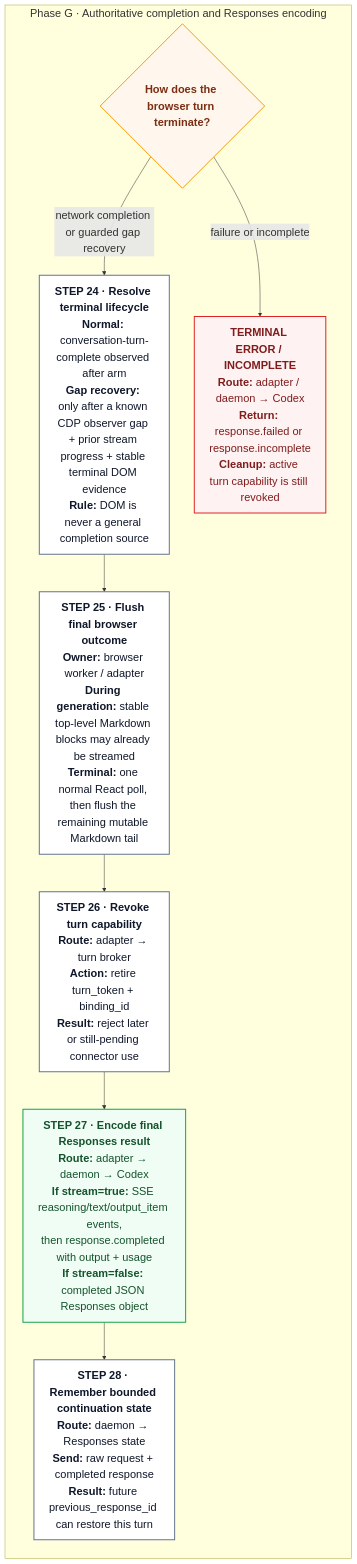
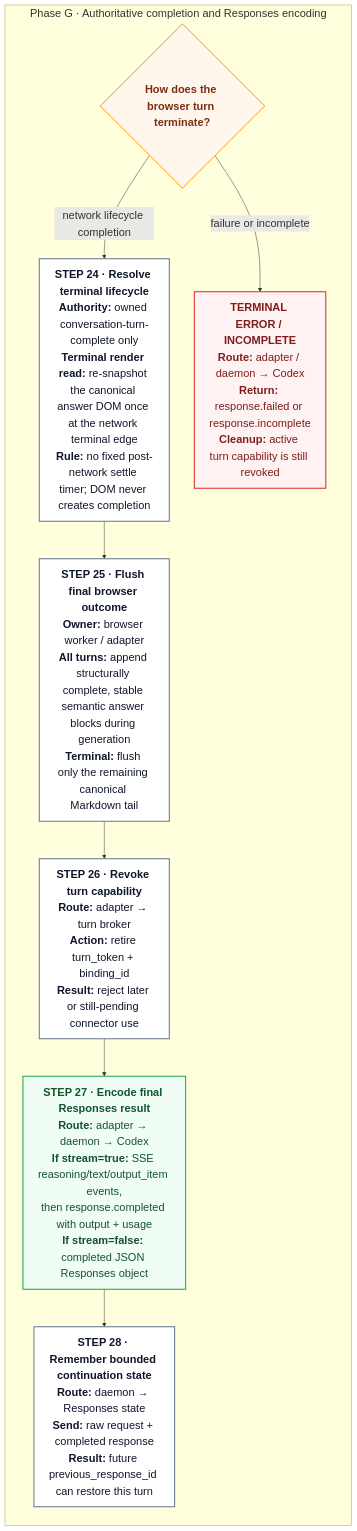
One commit to luongduy2798/lca-codex changed the eighth of 8 diagrams in docs/architecture.md. Above: the diagram before and after it, drawn with Mermaid. The commit also changed other lines of this file and 4 other files, not shown here.

````diff
--- a/docs/architecture.md
+++ b/docs/architecture.md
@@ -224,22 +224,22 @@
 ```mermaid
 %%{init: {"themeVariables": {"fontSize": "22px"}, "flowchart": {"htmlLabels": true, "useMaxWidth": false}}}%%
 flowchart TD
     classDef card fill:#ffffff,stroke:#64748b,stroke-width:2px,color:#0f172a,font-size:22px
     classDef decision fill:#fff7ed,stroke:#f59e0b,stroke-width:2px,color:#7c2d12,font-size:22px
     classDef success fill:#f0fdf4,stroke:#16a34a,stroke-width:2px,color:#14532d,font-size:22px
     classDef error fill:#fef2f2,stroke:#dc2626,stroke-width:2px,color:#7f1d1d,font-size:22px
 
     subgraph PG["Phase G · Authoritative completion and Responses encoding"]
         direction TB
         Q24{"<b>How does the browser turn terminate?</b>"}:::decision
-        S24["<b>STEP 24 · Resolve terminal lifecycle</b><br/><b>Normal:</b> conversation-turn-complete observed after arm<br/><b>Gap recovery:</b> only after a known CDP observer gap + prior stream progress + stable terminal DOM evidence<br/><b>Rule:</b> DOM is never a general completion source"]:::card
-        S25["<b>STEP 25 · Flush final browser outcome</b><br/><b>Owner:</b> browser worker / adapter<br/><b>During generation:</b> stable top-level Markdown blocks may already be streamed<br/><b>Terminal:</b> one normal React poll, then flush the remaining mutable Markdown tail"]:::card
+        S24["<b>STEP 24 · Resolve terminal lifecycle</b><br/><b>Authority:</b> owned conversation-turn-complete only<br/><b>Terminal render read:</b> re-snapshot the canonical answer DOM once at the network terminal edge<br/><b>Rule:</b> no fixed post-network settle timer; DOM never creates completion"]:::card
+        S25["<b>STEP 25 · Flush final browser outcome</b><br/><b>Owner:</b> browser worker / adapter<br/><b>All turns:</b> append structurally complete, stable semantic answer blocks during generation<br/><b>Terminal:</b> flush only the remaining canonical Markdown tail"]:::card
         S26["<b>STEP 26 · Revoke turn capability</b><br/><b>Route:</b> adapter → turn broker<br/><b>Action:</b> retire turn_token + binding_id<br/><b>Result:</b> reject later or still-pending connector use"]:::card
         S27["<b>STEP 27 · Encode final Responses result</b><br/><b>Route:</b> adapter → daemon → Codex<br/><b>If stream=true:</b> SSE reasoning/text/output_item events,<br/>then response.completed with output + usage<br/><b>If stream=false:</b> completed JSON Responses object"]:::success
         S28["<b>STEP 28 · Remember bounded continuation state</b><br/><b>Route:</b> daemon → Responses state<br/><b>Send:</b> raw request + completed response<br/><b>Result:</b> future previous_response_id can restore this turn"]:::card
         E24["<b>TERMINAL ERROR / INCOMPLETE</b><br/><b>Route:</b> adapter / daemon → Codex<br/><b>Return:</b> response.failed or response.incomplete<br/><b>Cleanup:</b> active turn capability is still revoked"]:::error
     end
 
-    Q24 -- "network completion or guarded gap recovery" --> S24 --> S25 --> S26 --> S27 --> S28
+    Q24 -- "network lifecycle completion" --> S24 --> S25 --> S26 --> S27 --> S28
     Q24 -- "failure or incomplete" --> E24
 ```
````
